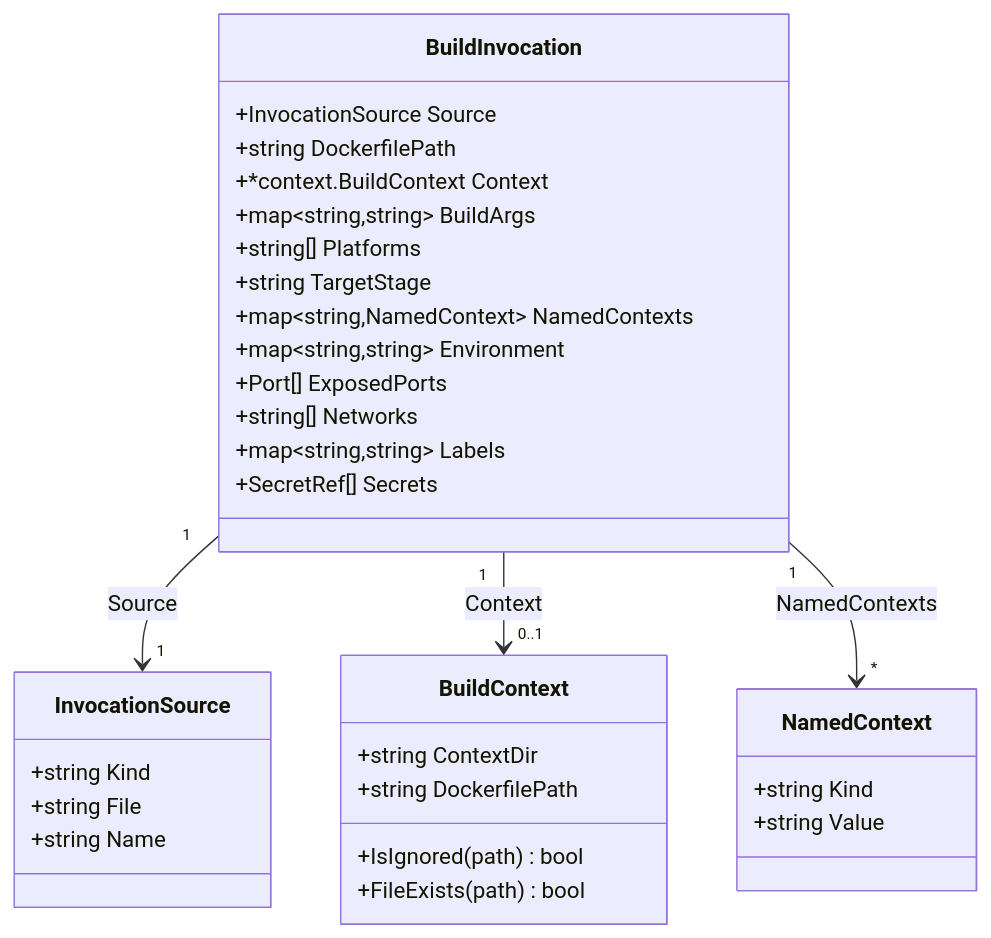
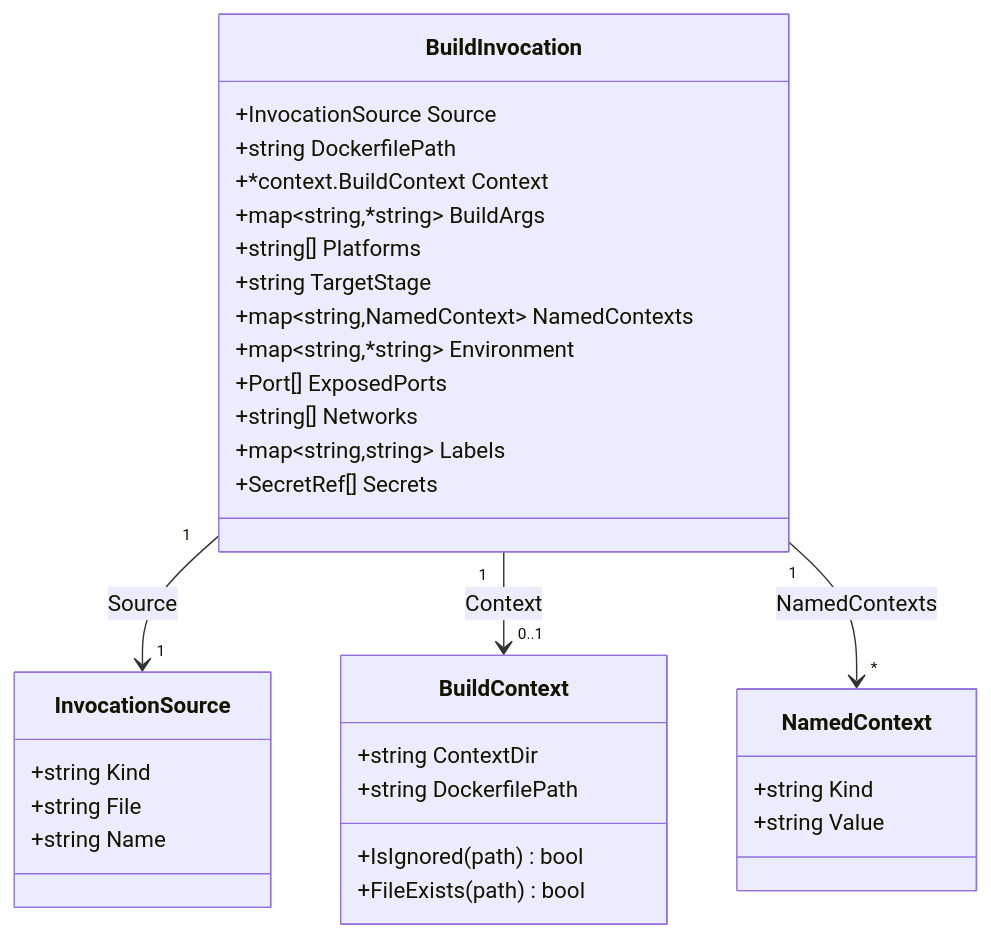
One commit to wharflab/tally changed the first of 5 diagrams in design-docs/38-buildinvocation-bake.md. Above: the diagram before and after it, drawn with Mermaid. The commit also changed other lines of this file, not shown here.

First line of the commit message:
docs: use map[string]*string for BuildArgs and Environment

````diff
--- a/design-docs/38-buildinvocation-bake.md
+++ b/design-docs/38-buildinvocation-bake.md
@@ -117,35 +117,35 @@
 ```mermaid
 classDiagram
     class BuildInvocation {
         +InvocationSource Source
         +string DockerfilePath
         +*context.BuildContext Context
-        +map~string,string~ BuildArgs
+        +map~string,*string~ BuildArgs
         +string[] Platforms
         +string TargetStage
         +map~string,NamedContext~ NamedContexts
-        +map~string,string~ Environment
+        +map~string,*string~ Environment
         +Port[] ExposedPorts
         +string[] Networks
         +map~string,string~ Labels
         +SecretRef[] Secrets
     }
     class InvocationSource {
         +string Kind
         +string File
         +string Name
     }
     class NamedContext {
         +string Kind
         +string Value
     }
     class BuildContext {
         +string ContextDir
         +string DockerfilePath
         +IsIgnored(path) bool
         +FileExists(path) bool
     }
     BuildInvocation "1" --> "1" InvocationSource : Source
     BuildInvocation "1" --> "0..1" BuildContext : Context
     BuildInvocation "1" --> "*" NamedContext : NamedContexts
 ```
````
